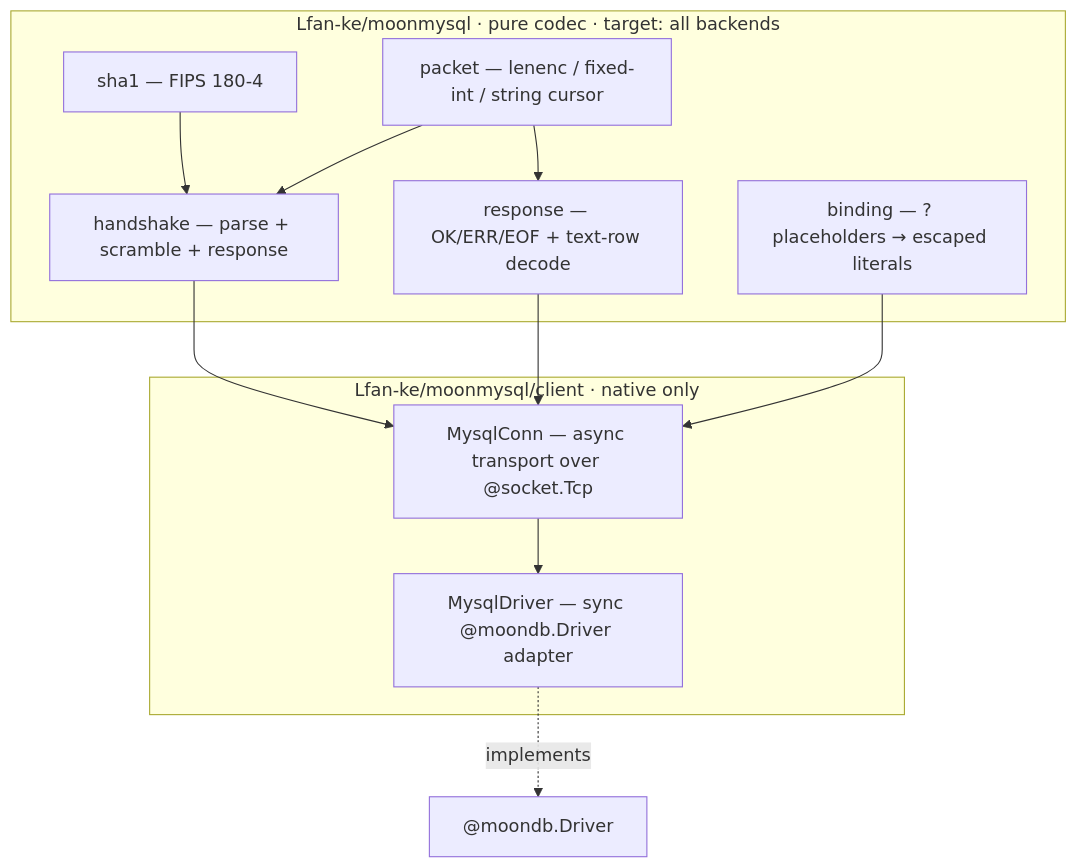
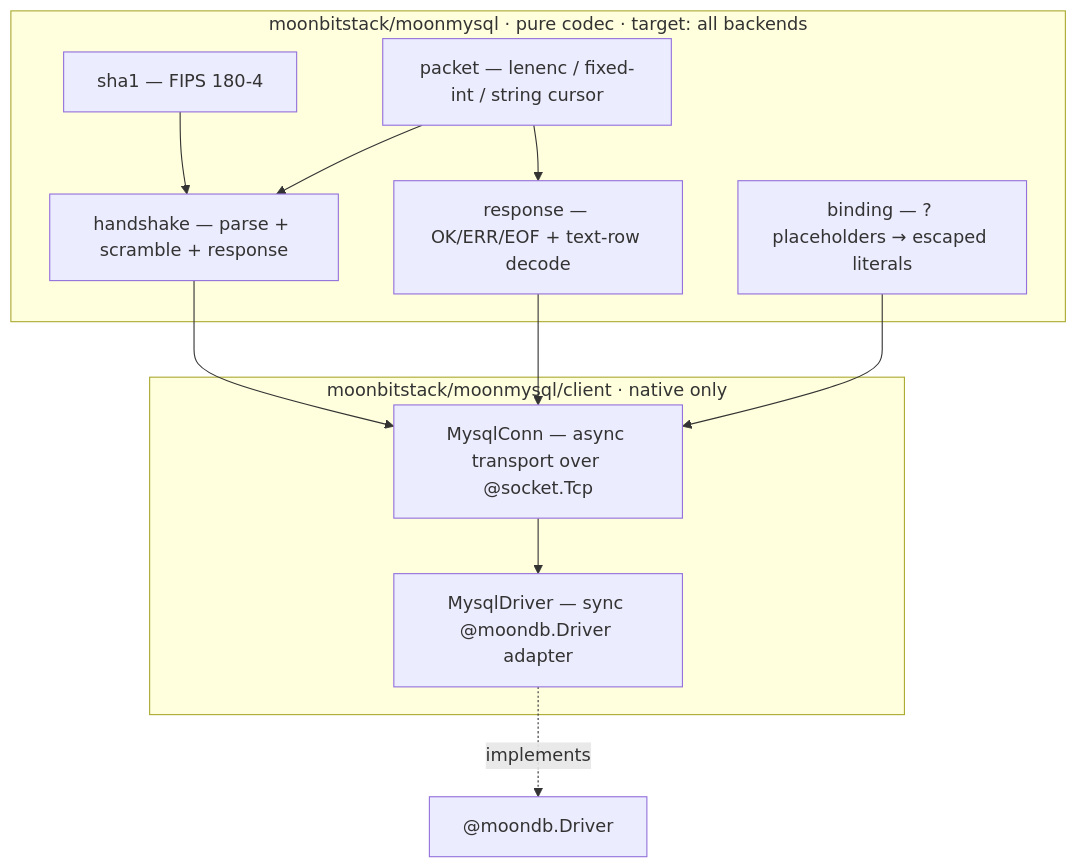
One commit to moonbitstack/moonorm changed the diagram in drivers/mysql/README.md. Above: the diagram before and after it, drawn with Mermaid. The commit also changed other lines of this file and 6 other files, not shown here.

Commit message:
chore(moonmysql): publish under the moonbitstack namespace on mooncakes.

````diff
--- a/drivers/mysql/README.md
+++ b/drivers/mysql/README.md
@@ -61,22 +63,22 @@
 ```mermaid
 flowchart TD
-  subgraph root["Lfan-ke/moonmysql · pure codec · target: all backends"]
+  subgraph root["moonbitstack/moonmysql · pure codec · target: all backends"]
     sha1["sha1 — FIPS 180-4"]
     packet["packet — lenenc / fixed-int / string cursor"]
     handshake["handshake — parse + scramble + response"]
     response["response — OK/ERR/EOF + text-row decode"]
     binding["binding — ? placeholders → escaped literals"]
   end
-  subgraph client["Lfan-ke/moonmysql/client · native only"]
+  subgraph client["moonbitstack/moonmysql/client · native only"]
     conn["MysqlConn — async transport over @socket.Tcp"]
     driver["MysqlDriver — sync @moondb.Driver adapter"]
   end
   handshake --> conn
   response --> conn
   binding --> conn
   packet --> handshake
   packet --> response
   sha1 --> handshake
   conn --> driver
   driver -. implements .-> moondb["@moondb.Driver"]
 ```
````
